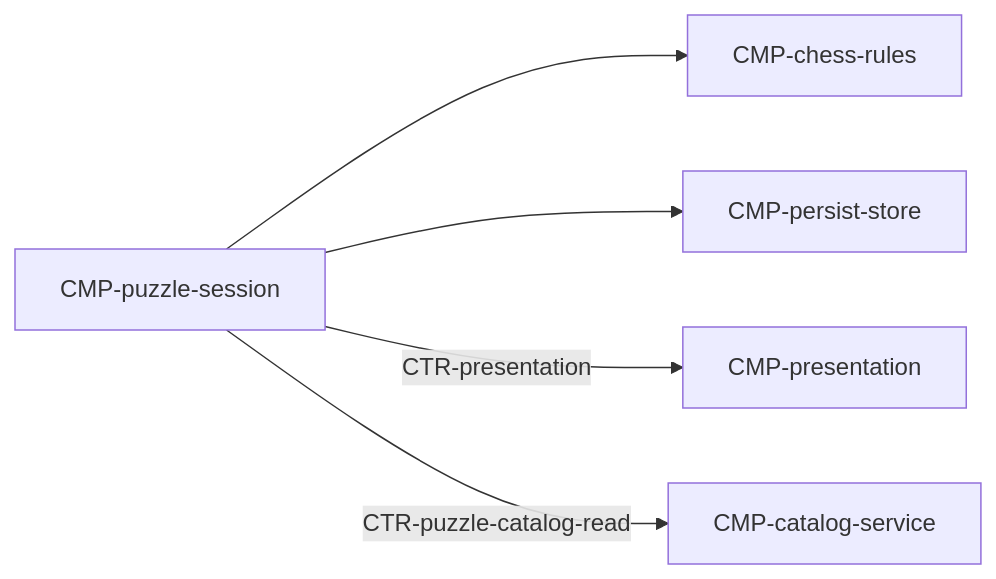
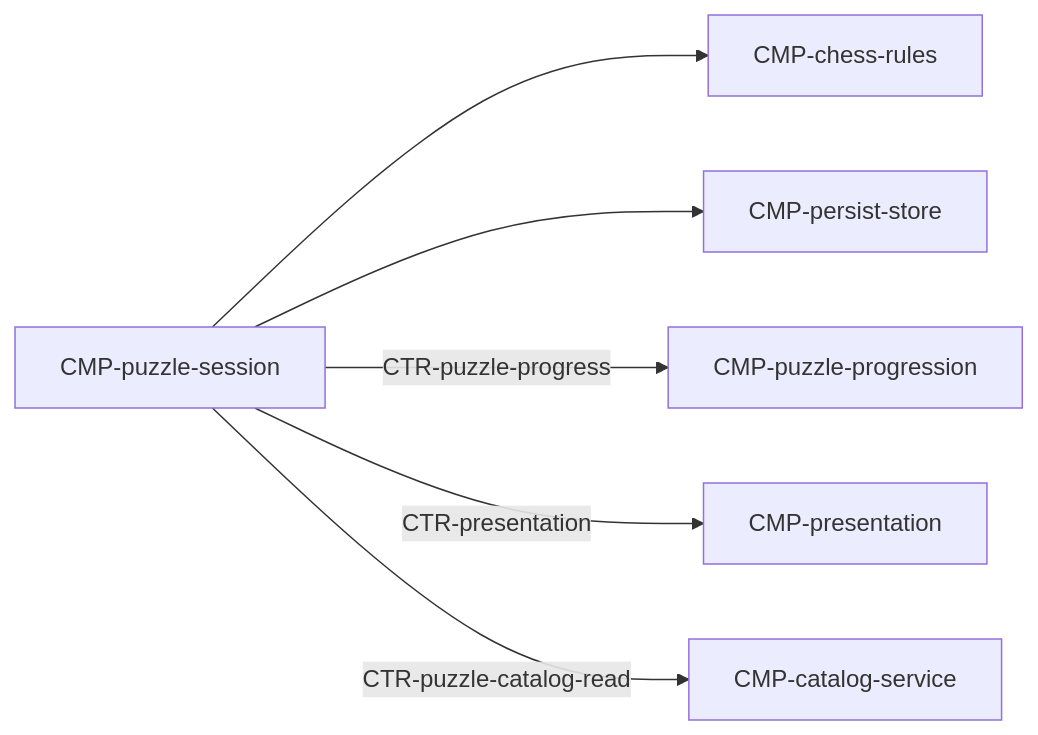
The diagram in specs/technical/components/puzzle-session.md (waigore/simplechessv2), drawn with Mermaid before and after one commit. The commit also changed other lines of this file and 19 other files, not shown here.

````diff
--- a/specs/technical/components/puzzle-session.md
+++ b/specs/technical/components/puzzle-session.md
@@ -39,12 +40,14 @@
 ```mermaid
 flowchart LR
   Q[CMP-puzzle-session]
   C[CMP-chess-rules]
   P[CMP-persist-store]
   V[CMP-presentation]
   D[CMP-catalog-service]
+  G[CMP-puzzle-progression]
   Q --> C
   Q --> P
+  Q -->|CTR-puzzle-progress| G
   Q -->|CTR-presentation| V
   Q -->|CTR-puzzle-catalog-read| D
 ```
````
